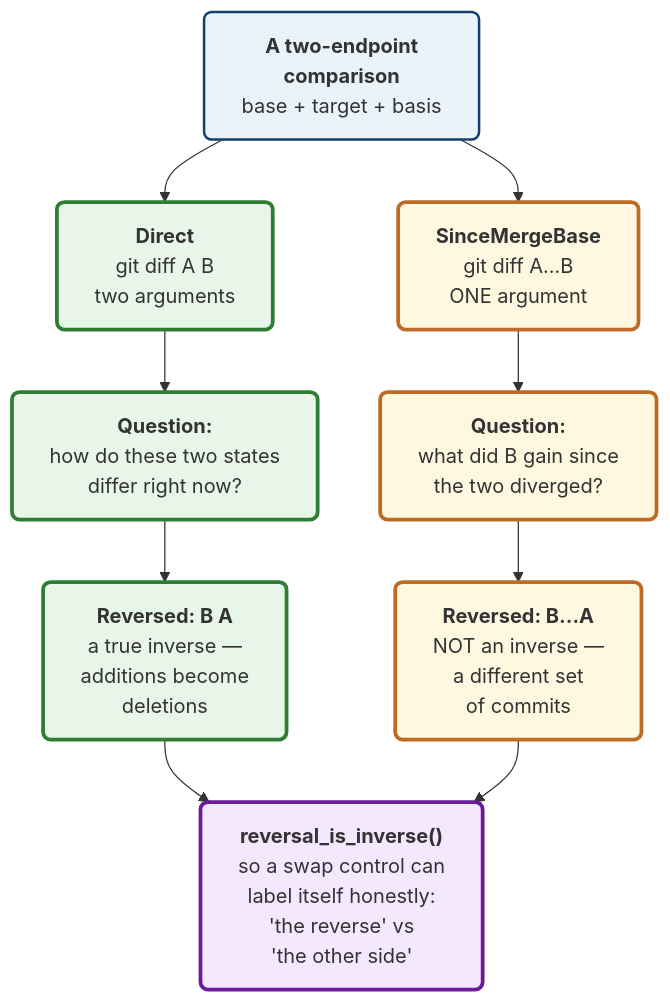
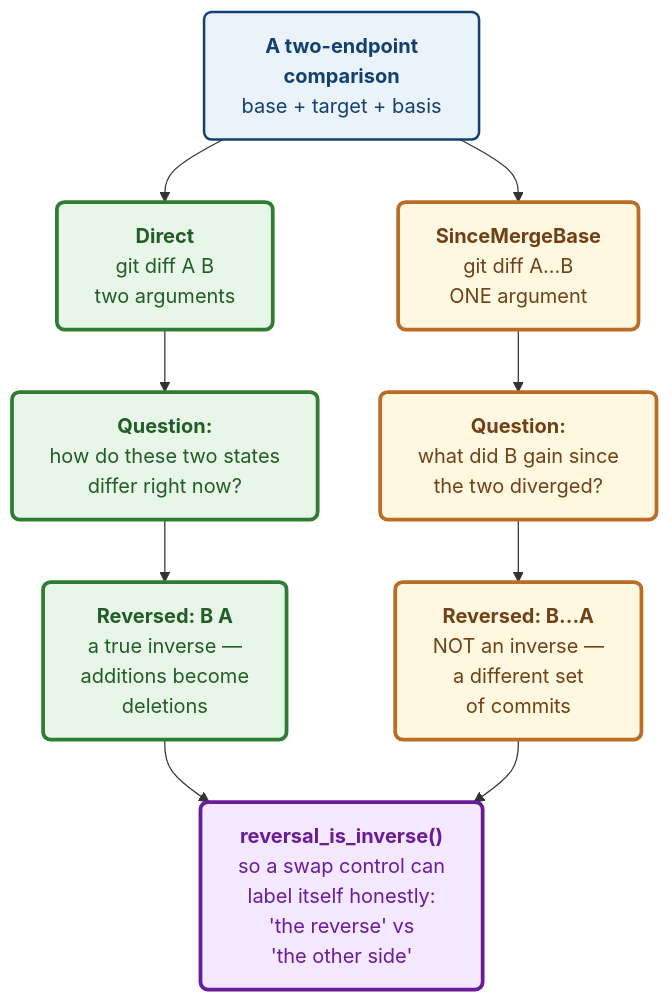
One commit to tom2025b/git-vista changed the diagram in docs/adr/0062-a-comparison-states-which-question-it-asks.md. Above: the diagram before and after it, drawn with Mermaid. The commit also changed 21 other files, not shown here.

````diff
--- a/docs/adr/0062-a-comparison-states-which-question-it-asks.md
+++ b/docs/adr/0062-a-comparison-states-which-question-it-asks.md
@@ -90,59 +90,39 @@
 ```mermaid
 ---
 config:
   flowchart:
     wrappingWidth: 430
 ---
 flowchart TD
-    S["`**A two-endpoint
-    comparison**
-    base + target + basis`"]
+    S["<b>A two-endpoint<br/>comparison</b><br/>base + target + basis"]
 
-    D["`**Direct**
-    git diff A B
-    two arguments`"]
-    M["`**SinceMergeBase**
-    git diff A...B
-    ONE argument`"]
+    D["<b>Direct</b><br/>git diff A B<br/>two arguments"]
+    M["<b>SinceMergeBase</b><br/>git diff A...B<br/>ONE argument"]
 
-    DQ["`**Question:**
-    how do these two states
-    differ right now?`"]
-    MQ["`**Question:**
-    what did B gain since
-    the two diverged?`"]
+    DQ["<b>Question:</b><br/>how do these two states<br/>differ right now?"]
+    MQ["<b>Question:</b><br/>what did B gain since<br/>the two diverged?"]
 
-    DR["`**Reversed: B A**
-    a true inverse —
-    additions become
-    deletions`"]
-    MR["`**Reversed: B...A**
-    NOT an inverse —
-    a different set
-    of commits`"]
+    DR["<b>Reversed: B A</b><br/>a true inverse —<br/>additions become<br/>deletions"]
+    MR["<b>Reversed: B...A</b><br/>NOT an inverse —<br/>a different set<br/>of commits"]
 
-    L["`**reversal_is_inverse()**
-    so a swap control can
-    label itself honestly:
-    'the reverse' vs
-    'the other side'`"]
+    L["<b>reversal_is_inverse()</b><br/>so a swap control can<br/>label itself honestly:<br/>'the reverse' vs<br/>'the other side'"]
 
     S --> D
     S --> M
     D --> DQ
     M --> MQ
     DQ --> DR
     MQ --> MR
     DR --> L
     MR --> L
 
-    classDef root fill:#eaf2fa,stroke:#14406f,stroke-width:2px,rx:6,ry:6
-    classDef direct fill:#e8f5e9,stroke:#2e7d32,stroke-width:3px,rx:6,ry:6
-    classDef merge fill:#fff8e1,stroke:#bc6c25,stroke-width:3px,rx:6,ry:6
-    classDef rule fill:#f3e8fd,stroke:#6a1b9a,stroke-width:3px,rx:6,ry:6
+    classDef root fill:#eaf2fa,stroke:#14406f,stroke-width:2px,rx:6,ry:6,color:#14406f
+    classDef direct fill:#e8f5e9,stroke:#2e7d32,stroke-width:3px,rx:6,ry:6,color:#225d25
+    classDef merge fill:#fff8e1,stroke:#bc6c25,stroke-width:3px,rx:6,ry:6,color:#704016
+    classDef rule fill:#f3e8fd,stroke:#6a1b9a,stroke-width:3px,rx:6,ry:6,color:#6a1b9a
 
     class S root
     class D,DQ,DR direct
     class M,MQ,MR merge
     class L rule
 ```
````
